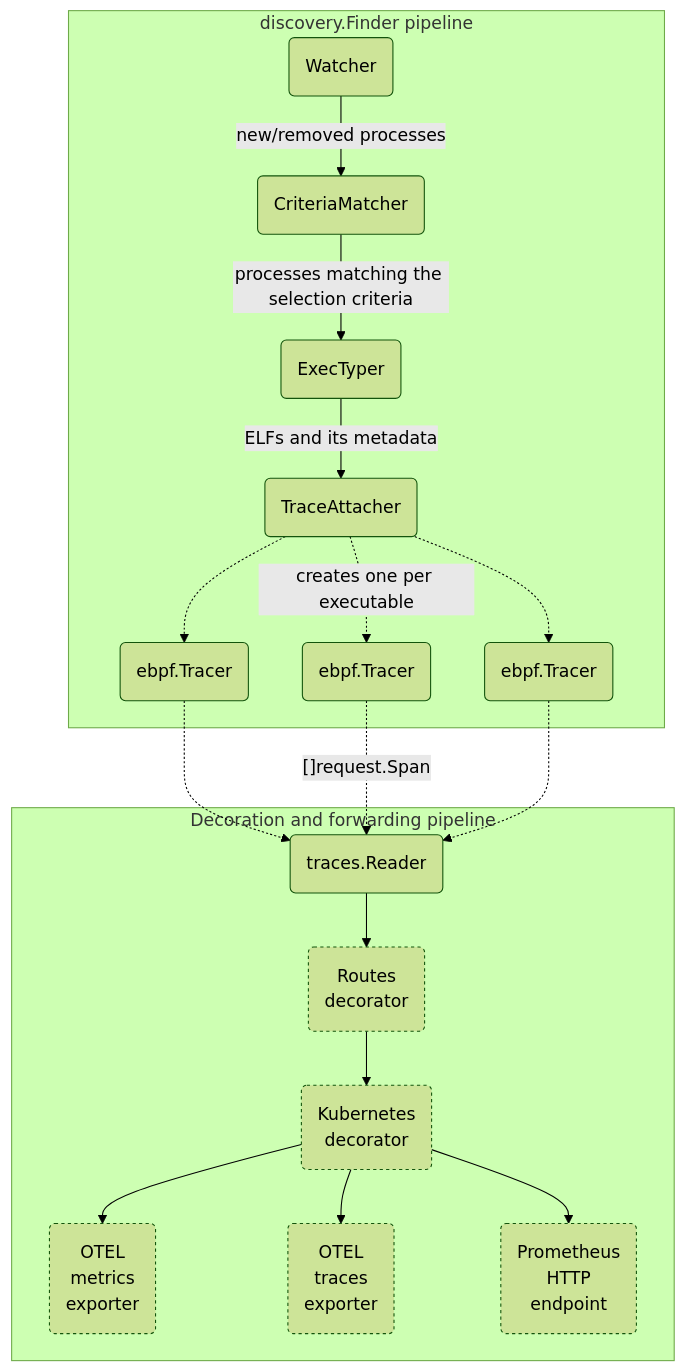
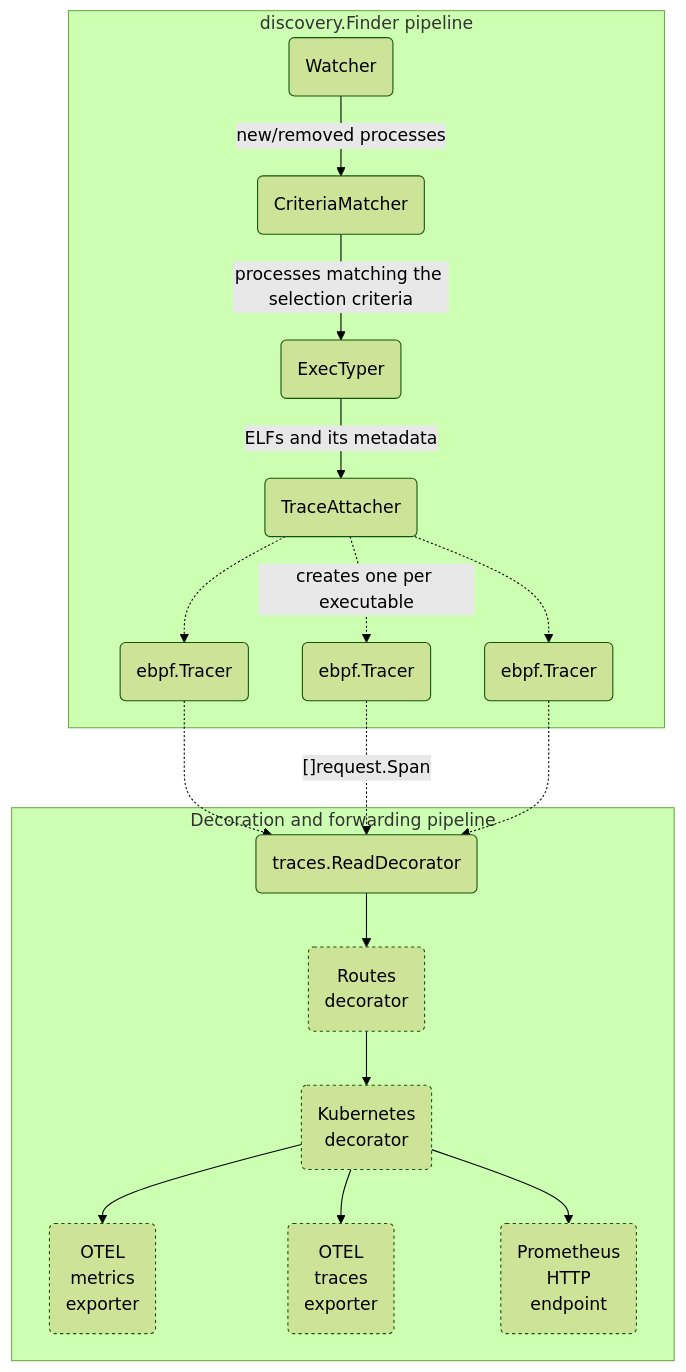
One commit to grafana/beyla changed the diagram in devdocs/pipeline-map.md. Above: the diagram before and after it, drawn with Mermaid (forest theme). The commit also changed 6 other files, not shown here.

````diff
--- a/devdocs/pipeline-map.md
+++ b/devdocs/pipeline-map.md
@@ -9,28 +9,28 @@
 ```mermaid
 flowchart TD
     subgraph discovery.Finder pipeline
         W(Watcher) --> |new/removed processes| CM(CriteriaMatcher)
         CM --> |processes matching the selection criteria| ET(ExecTyper)
         ET --> |ELFs and its metadata| TA(TraceAttacher)
         TA -.-> EBPF1(ebpf.Tracer)
         TA -.-> |creates one per executable| EBPF2(ebpf.Tracer)
         TA -.-> EBPF3(ebpf.Tracer)
     end
 
     subgraph Decoration and forwarding pipeline
         EBPF1 -.-> TR
         EBPF2 -.-> |"[]request.Span"| TR
         EBPF3 -.-> TR
-        TR(traces.Reader) --> ROUT(Routes<br/>decorator)
+        TR(traces.ReadDecorator) --> ROUT(Routes<br/>decorator)
         ROUT --> KD(Kubernetes<br/>decorator)
 
         KD --> OTELM(OTEL<br/> metrics<br/> exporter)
         KD --> OTELT(OTEL<br/> traces<br/> exporter)
         KD --> PROM(Prometheus<br/>HTTP<br/>endpoint)
         style ROUT stroke-dasharray: 3 3;
         style KD stroke-dasharray: 3 3;
         style OTELM stroke-dasharray: 3 3;
         style OTELT stroke-dasharray: 3 3;
         style PROM stroke-dasharray: 3 3;
     end
 ```
````
